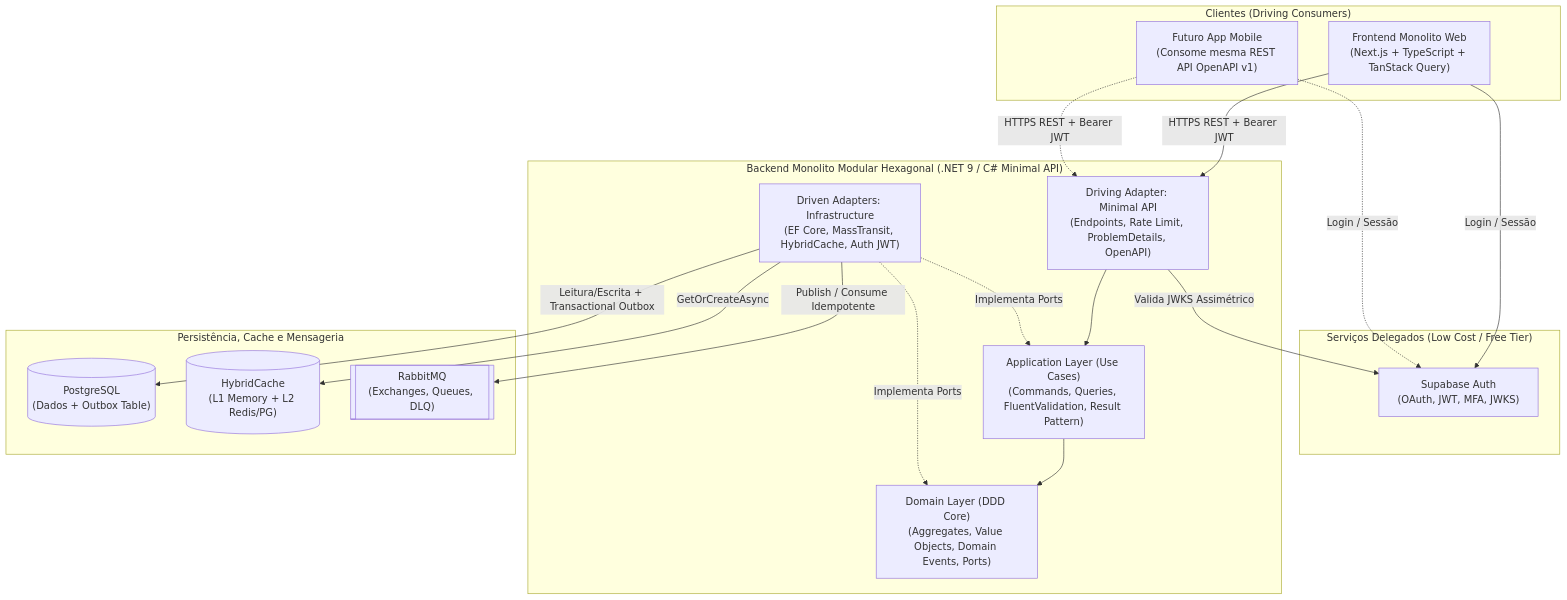
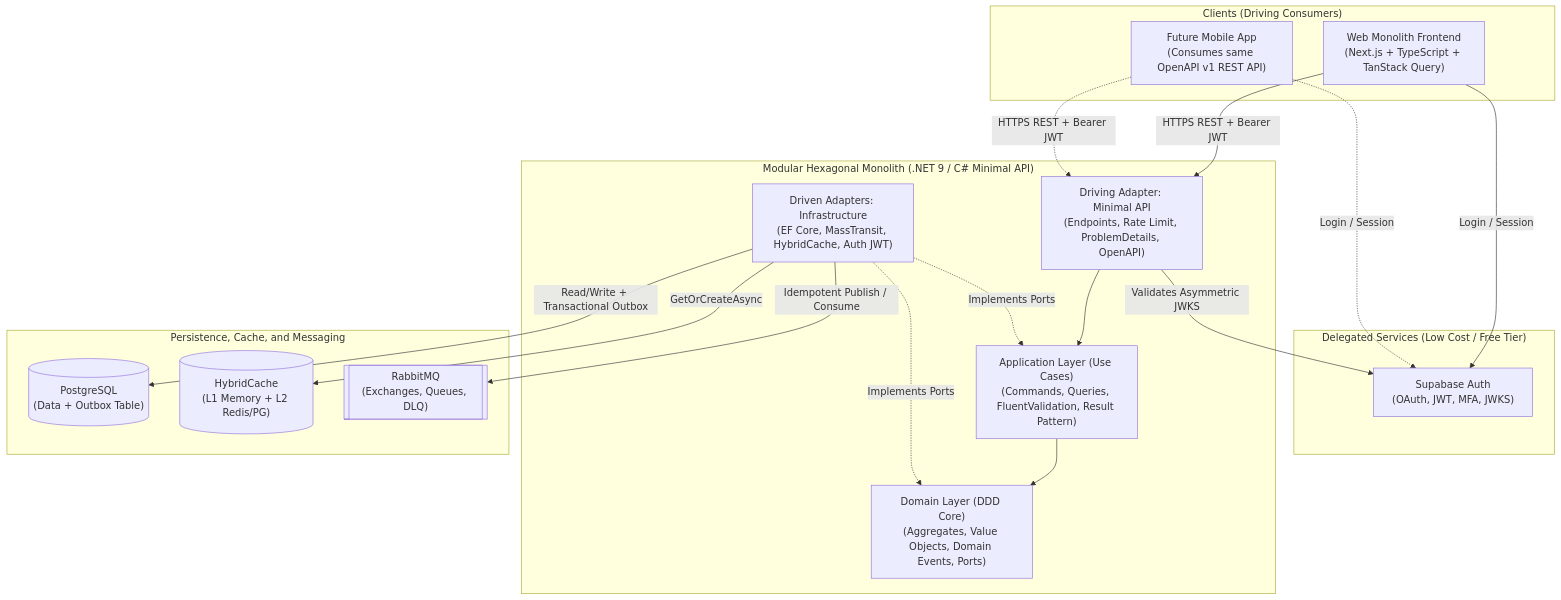
One commit to poferrari/agentic-pipeline-lab changed the diagram in docs/architecture/STACK_AND_DECISIONS.md. Above: the diagram before and after it, drawn with Mermaid. The commit also changed other lines of this file and 30 other files, not shown here.

````diff
--- a/docs/architecture/STACK_AND_DECISIONS.md
+++ b/docs/architecture/STACK_AND_DECISIONS.md
@@ -9,37 +9,37 @@
 ```mermaid
 flowchart TB
-    subgraph Clients["Clientes (Driving Consumers)"]
-        Web["Frontend Monolito Web<br/>(Next.js + TypeScript + TanStack Query)"]
-        Mobile["Futuro App Mobile<br/>(Consome mesma REST API OpenAPI v1)"]
+    subgraph Clients["Clients (Driving Consumers)"]
+        Web["Web Monolith Frontend<br/>(Next.js + TypeScript + TanStack Query)"]
+        Mobile["Future Mobile App<br/>(Consumes same OpenAPI v1 REST API)"]
     end
 
-    subgraph SaaS_FreeTier["Serviços Delegados (Low Cost / Free Tier)"]
+    subgraph SaaS_FreeTier["Delegated Services (Low Cost / Free Tier)"]
         SupabaseAuth["Supabase Auth<br/>(OAuth, JWT, MFA, JWKS)"]
     end
 
-    subgraph Backend["Backend Monolito Modular Hexagonal (.NET 9 / C# Minimal API)"]
+    subgraph Backend["Modular Hexagonal Monolith (.NET 9 / C# Minimal API)"]
         API["Driving Adapter: Minimal API<br/>(Endpoints, Rate Limit, ProblemDetails, OpenAPI)"]
         App["Application Layer (Use Cases)<br/>(Commands, Queries, FluentValidation, Result Pattern)"]
         Domain["Domain Layer (DDD Core)<br/>(Aggregates, Value Objects, Domain Events, Ports)"]
         Infra["Driven Adapters: Infrastructure<br/>(EF Core, MassTransit, HybridCache, Auth JWT)"]
     end
 
-    subgraph Data_Messaging["Persistência, Cache e Mensageria"]
-        PG[("PostgreSQL<br/>(Dados + Outbox Table)")]
+    subgraph Data_Messaging["Persistence, Cache, and Messaging"]
+        PG[("PostgreSQL<br/>(Data + Outbox Table)")]
         Cache[("HybridCache<br/>(L1 Memory + L2 Redis/PG)")]
         RMQ[["RabbitMQ<br/>(Exchanges, Queues, DLQ)"]]
     end
 
-    Web -->|Login / Sessão| SupabaseAuth
-    Mobile -.->|Login / Sessão| SupabaseAuth
+    Web -->|Login / Session| SupabaseAuth
+    Mobile -.->|Login / Session| SupabaseAuth
     Web -->|HTTPS REST + Bearer JWT| API
     Mobile -.->|HTTPS REST + Bearer JWT| API
-    API -->|Valida JWKS Assimétrico| SupabaseAuth
+    API -->|Validates Asymmetric JWKS| SupabaseAuth
     API --> App
     App --> Domain
-    Infra -.->|Implementa Ports| Domain
-    Infra -.->|Implementa Ports| App
-    Infra -->|Leitura/Escrita + Transactional Outbox| PG
+    Infra -.->|Implements Ports| Domain
+    Infra -.->|Implements Ports| App
+    Infra -->|Read/Write + Transactional Outbox| PG
     Infra -->|GetOrCreateAsync| Cache
-    Infra -->|Publish / Consume Idempotente| RMQ
+    Infra -->|Idempotent Publish / Consume| RMQ
 ```
````
